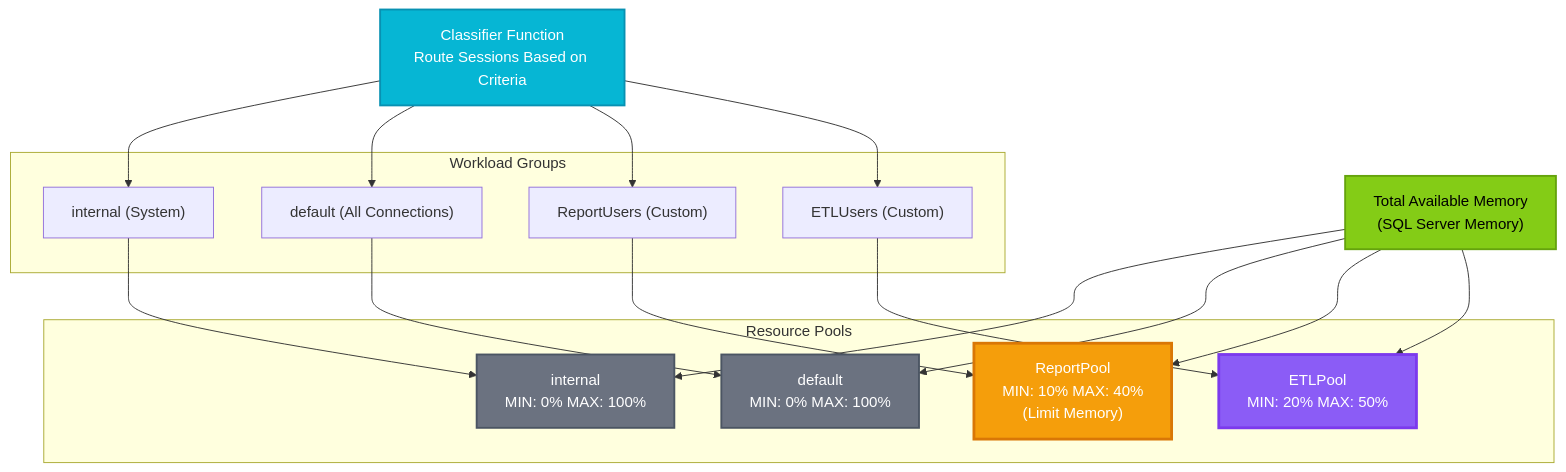
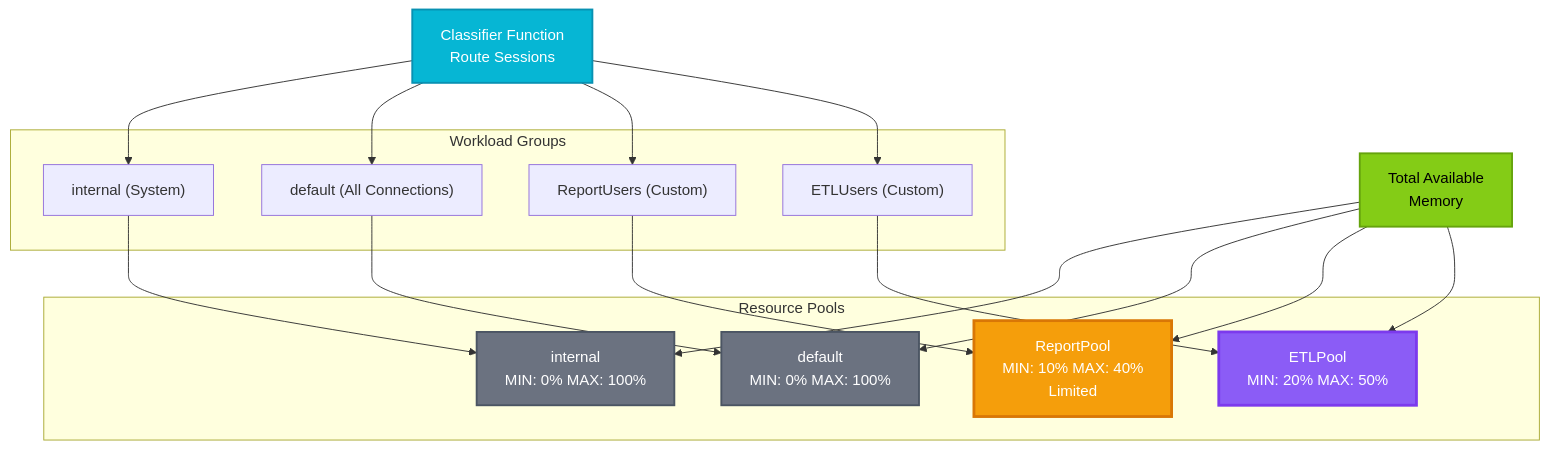
Before and after one commit to phakkhaphong/sql-server-performance-tuning: the fourth of 7 diagrams in Module_04_Memory/README.md, drawn with Mermaid. The commit also changed other lines of this file, not shown here.

Commit message:
Refactor README diagrams for SQL Server Memory Models, enhancing clarity by simplifying annotations, improving terminology consistency, and updating visual representations of memory allocation processes and performance indicators.

````diff
--- a/Module_04_Memory/README.md
+++ b/Module_04_Memory/README.md
@@ -195,42 +195,42 @@
 ```mermaid
 flowchart TB
-    CF["Classifier Function<br/>Route Sessions Based on Criteria"]
+    CF["Classifier Function<br/>Route Sessions"]
     
     subgraph WorkloadGroups["Workload Groups"]
         WG1["internal (System)"]
         WG2["default (All Connections)"]
         WG3["ReportUsers (Custom)"]
         WG4["ETLUsers (Custom)"]
     end
     
     subgraph ResourcePools["Resource Pools"]
         RP1["internal<br/>MIN: 0% MAX: 100%"]
         RP2["default<br/>MIN: 0% MAX: 100%"]
-        RP3["ReportPool<br/>MIN: 10% MAX: 40%<br/>(Limit Memory)"]
+        RP3["ReportPool<br/>MIN: 10% MAX: 40%<br/>Limited"]
         RP4["ETLPool<br/>MIN: 20% MAX: 50%"]
     end
     
-    TotalMem["Total Available Memory<br/>(SQL Server Memory)"]
+    TotalMem["Total Available<br/>Memory"]
     
     CF --> WG1
     CF --> WG2
     CF --> WG3
     CF --> WG4
     
     WG1 --> RP1
     WG2 --> RP2
     WG3 --> RP3
     WG4 --> RP4
     
     TotalMem --> RP1
     TotalMem --> RP2
     TotalMem --> RP3
     TotalMem --> RP4
     
     style RP3 fill:#f59e0b,stroke:#d97706,stroke-width:3px,color:#fff
     style RP4 fill:#8b5cf6,stroke:#7c3aed,stroke-width:3px,color:#fff
     style RP1 fill:#6b7280,stroke:#4b5563,stroke-width:2px,color:#fff
     style RP2 fill:#6b7280,stroke:#4b5563,stroke-width:2px,color:#fff
     style CF fill:#06b6d4,stroke:#0891b2,stroke-width:2px,color:#fff
     style TotalMem fill:#84cc16,stroke:#65a30d,stroke-width:2px,color:#000
 ```
````
